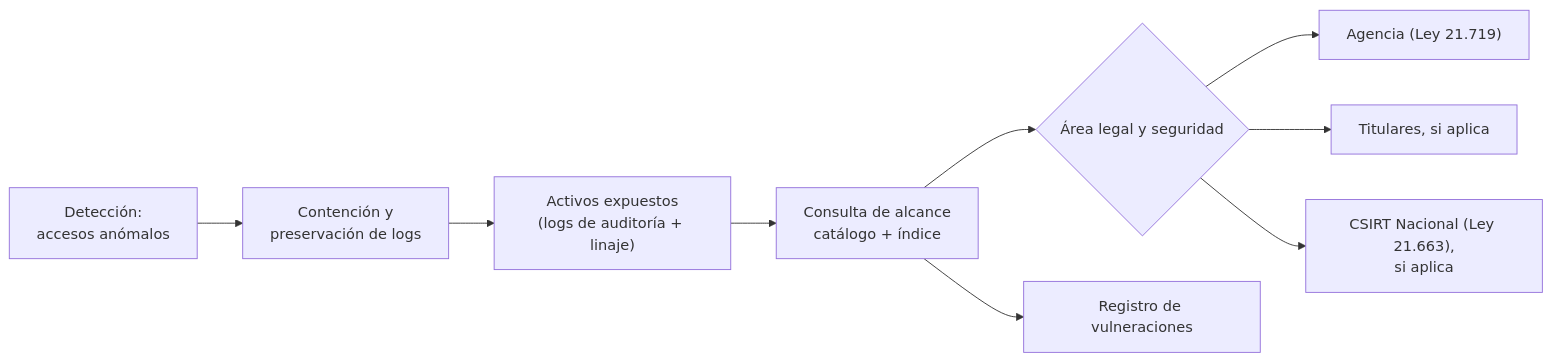
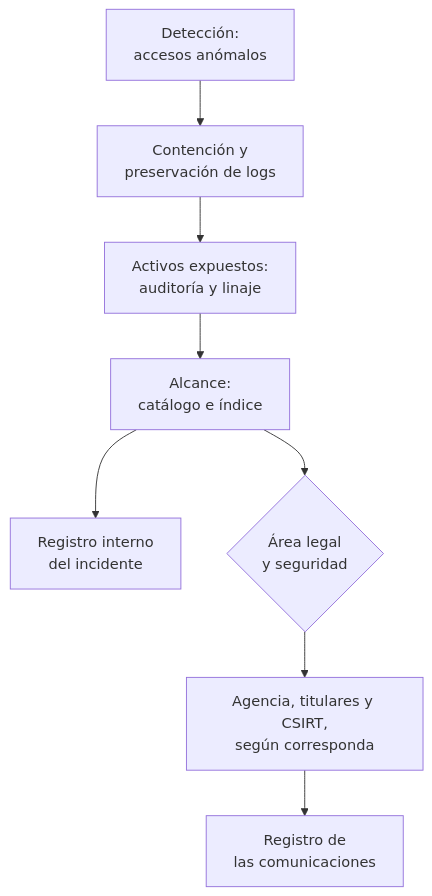
One commit to fcp4891/de-knowledge-hub changed the diagram in content/concepts/data-breach-response.md. Above: the diagram before and after it, drawn with Mermaid. The commit also changed other lines of this file and 20 other files, not shown here.

First line of the commit message:
§9 con el estándar de diagramas: 21 diagramas sobre 8 nodos o 10 aristas, rehechos

````diff
--- a/content/concepts/data-breach-response.md
+++ b/content/concepts/data-breach-response.md
@@ -138,11 +138,10 @@
 ```mermaid
-flowchart LR
+flowchart TB
   D["Detección:<br/>accesos anómalos"] --> C["Contención y<br/>preservación de logs"]
-  C --> A["Activos expuestos<br/>(logs de auditoría + linaje)"]
-  A --> Q["Consulta de alcance<br/>catálogo + índice"]
-  Q --> L{"Área legal y seguridad"}
-  L --> AG["Agencia (Ley 21.719)"]
-  L --> TI["Titulares, si aplica"]
-  L --> CS["CSIRT Nacional (Ley 21.663),<br/>si aplica"]
-  Q --> R["Registro de vulneraciones"]
+  C --> A["Activos expuestos:<br/>auditoría y linaje"]
+  A --> Q["Alcance:<br/>catálogo e índice"]
+  Q --> R["Registro interno<br/>del incidente"]
+  Q --> L{"Área legal<br/>y seguridad"}
+  L --> N["Agencia, titulares y CSIRT,<br/>según corresponda"]
+  N --> RC["Registro de<br/>las comunicaciones"]
 ```
````
